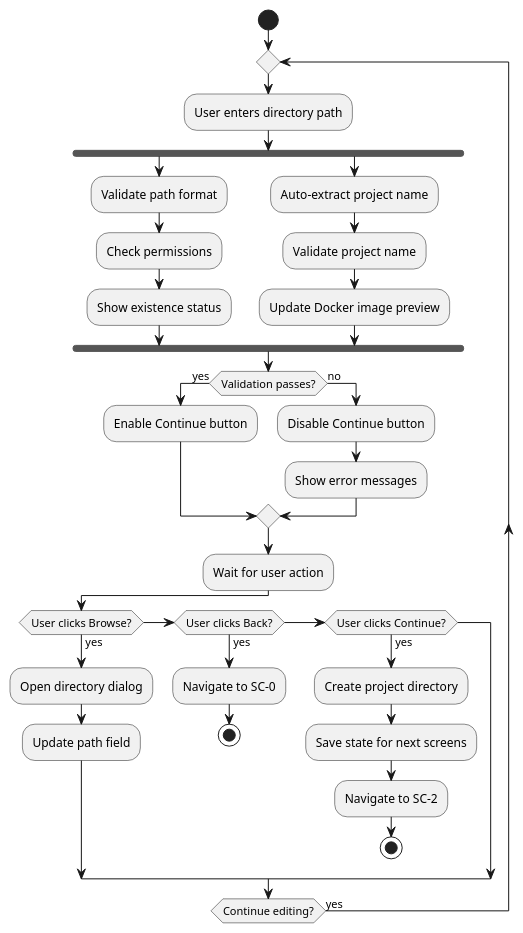
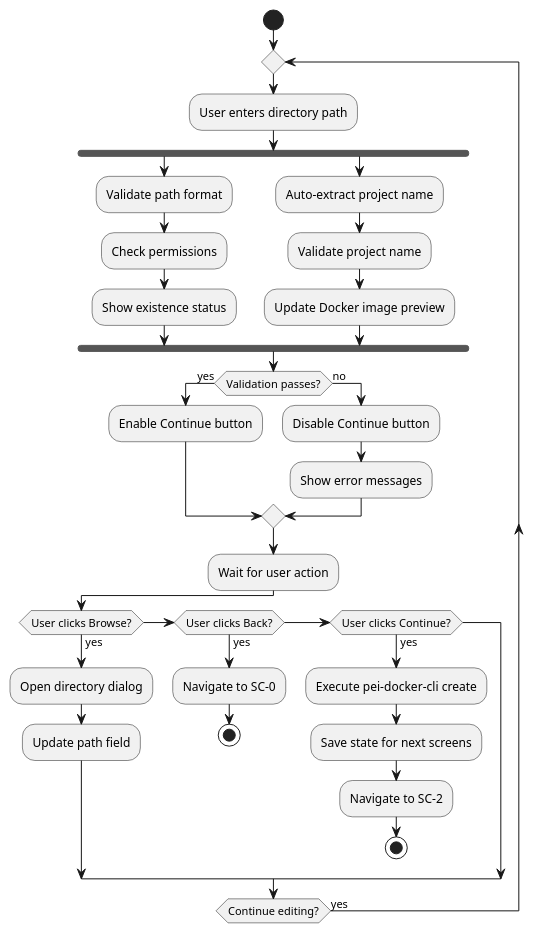
The third of 5 diagrams in context/plans/gui/screens/sc-1/project-directory-selection-screen-spec.md (igamenovoer/PeiDocker), drawn with PlantUML before and after one commit. The commit also changed other lines of this file and 5 other files, not shown here.

````diff
--- a/context/plans/gui/screens/sc-1/project-directory-selection-screen-spec.md
+++ b/context/plans/gui/screens/sc-1/project-directory-selection-screen-spec.md
@@ -195,37 +236,37 @@
 ```plantuml
 @startuml
 start
 repeat
   :User enters directory path;
   fork
     :Validate path format;
     :Check permissions;
     :Show existence status;
   fork again
     :Auto-extract project name;
     :Validate project name;
     :Update Docker image preview;
   end fork
   if (Validation passes?) then (yes)
     :Enable Continue button;
   else (no)
     :Disable Continue button;
     :Show error messages;
   endif
   
   :Wait for user action;
   if (User clicks Browse?) then (yes)
     :Open directory dialog;
     :Update path field;
   else if (User clicks Back?) then (yes)
     :Navigate to SC-0;
     stop
   else if (User clicks Continue?) then (yes)
-    :Create project directory;
+    :Execute pei-docker-cli create;
     :Save state for next screens;
     :Navigate to SC-2;
     stop
   endif
 repeat while (Continue editing?) is (yes)
 @enduml
 ```
````
